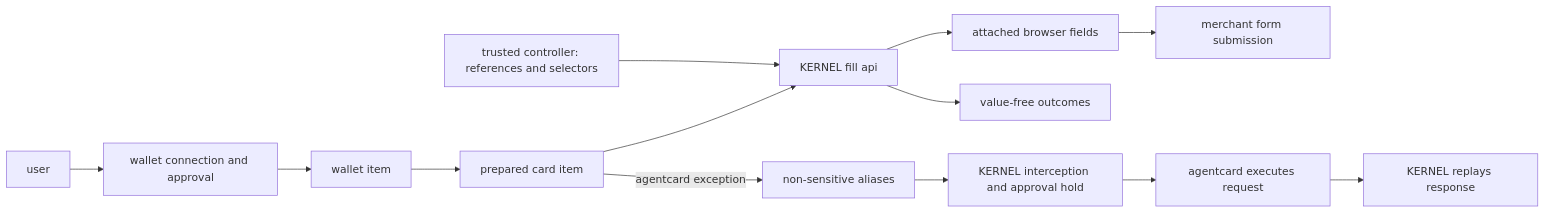
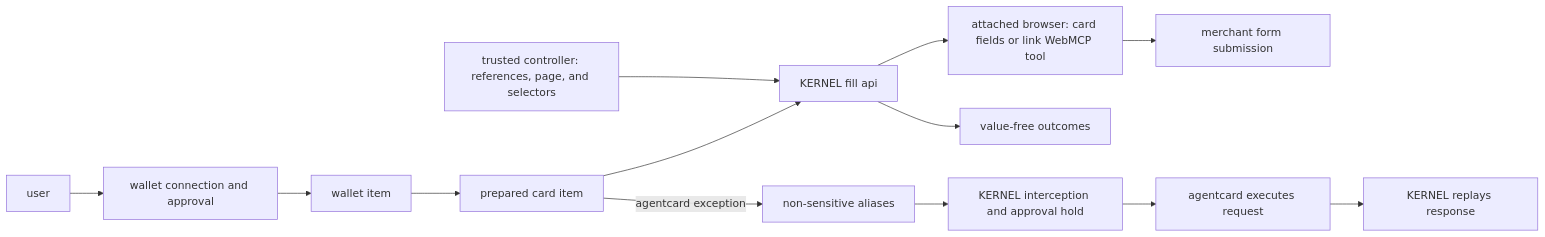
The diagram in browsers/payments.mdx (kernel/docs), drawn with Mermaid before and after one commit. The commit also changed other lines of this file and 6 other files, not shown here.

Commit message:
Update Link payment docs for checkout-bound card items

````diff
--- a/browsers/payments.mdx
+++ b/browsers/payments.mdx
@@ -31,15 +31,15 @@
 ```mermaid
 flowchart LR
   U[user] --> H[wallet connection and approval]
   H --> W[wallet item]
   W --> C[prepared card item]
   C --> F["KERNEL fill api"]
-  T[trusted controller: references and selectors] --> F
-  F --> B[attached browser fields]
+  T[trusted controller: references, page, and selectors] --> F
+  F --> B[attached browser: card fields or link WebMCP tool]
   F --> O[value-free outcomes]
   B --> S[merchant form submission]
   C -->|agentcard exception| A[non-sensitive aliases]
   A --> E[KERNEL interception and approval hold]
   E --> X[agentcard executes request]
   X --> R[KERNEL replays response]
 ```
````
